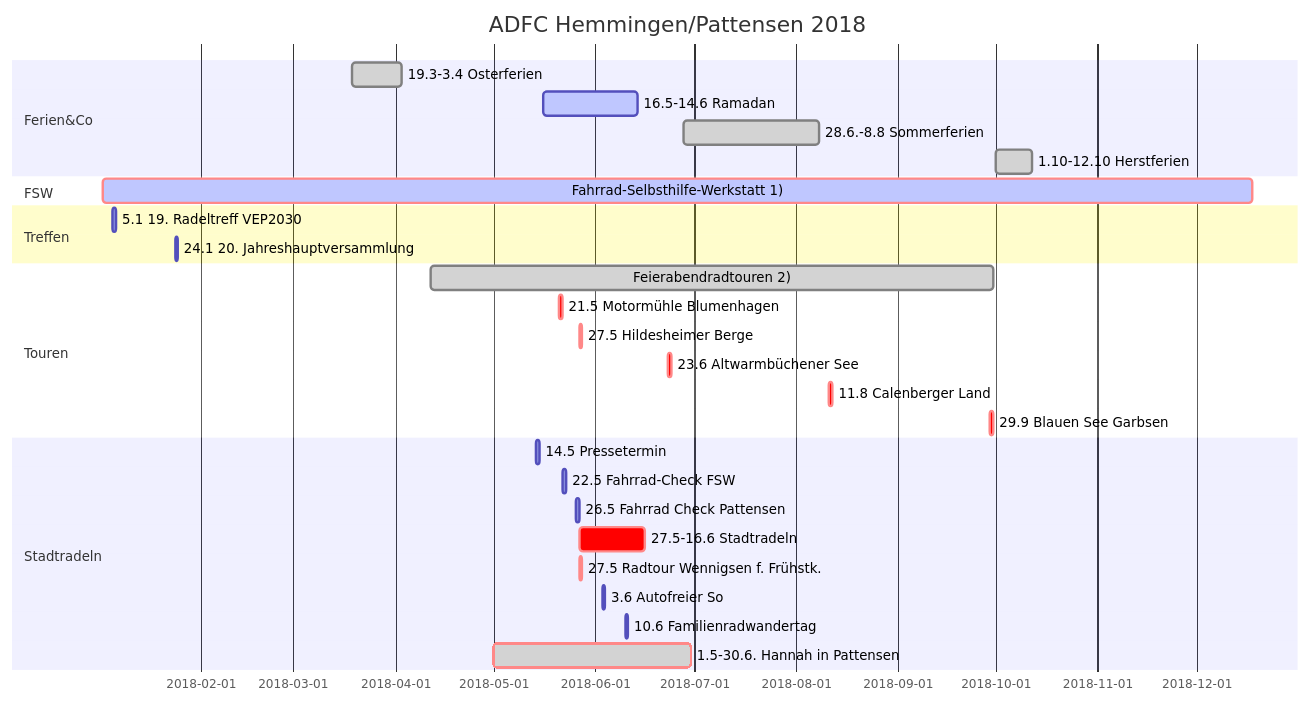
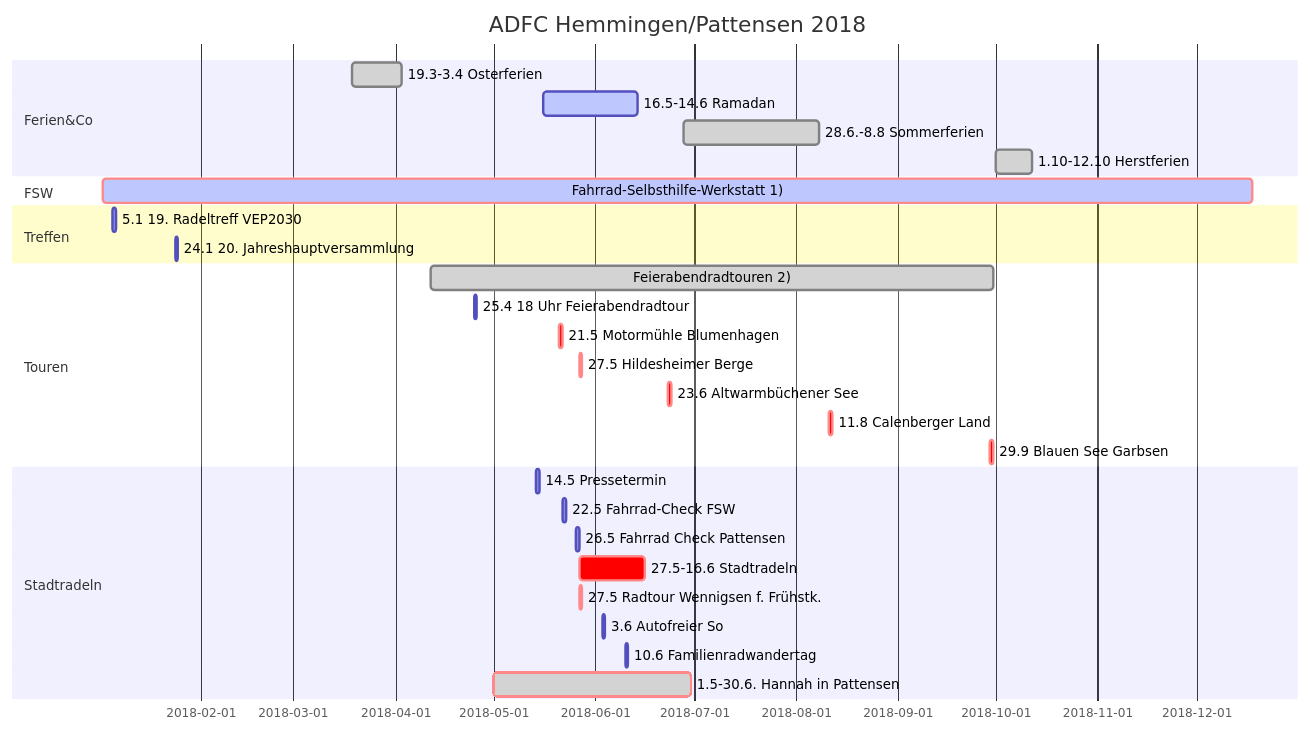
Before and after one commit to adfc-hemmingen-pattensen/adfc-hemmingen-pattensen.github.io: the diagram in index.md, drawn with Mermaid. The commit also changed other lines of this file and 1 other file, not shown here.

````diff
--- a/index.md
+++ b/index.md
@@ -48,37 +57,38 @@
 ```{.mermaid format=svg  theme=forest caption="ADFC Hemmingen/Pattensen"}
 gantt
   title ADFC Hemmingen/Pattensen 2018
   dateFormat  DD.MM.YY
 
 section Ferien&Co
   19.3-3.4 Osterferien                        :done,        19.03.18, 03.04.18
   16.5-14.6  Ramadan                          :active,done, 16.05.18, 14.06.18
   28.6.-8.8 Sommerferien                      :done,        28.06.18, 08.08.18
   1.10-12.10 Herstferien                      :done,        01.10.18, 12.10.18
 
 section FSW
   Fahrrad-Selbsthilfe-Werkstatt 1)            :crit,active, 02.01.18, 18.12.18
 
 section Treffen
   5.1 19. Radeltreff VEP2030                  :             05.01.18, 1d
   24.1 20. Jahreshauptversammlung             :             24.01.18, 1d
 
 section Touren
   Feierabendradtouren 2)                      :done,        12.04.18, 30.09.18
+  25.4 18 Uhr Feierabendradtour               :             25.04.18,1d
   21.5 Motormühle Blumenhagen                 :crit,        21.05.18,1d
   27.5 Hildesheimer Berge                     : crit,       27.05.18, 1d
   23.6 Altwarmbüchener See                    :crit,        23.06.18,1d
   11.8 Calenberger Land                       :crit,        11.08.18,1d
   29.9 Blauen See Garbsen                     :crit,        29.09.18,1d
 
 section Stadtradeln
   14.5 Pressetermin                           :             14.05.18, 1d
   22.5 Fahrrad-Check FSW                      :             22.05.18, 1d
   26.5 Fahrrad Check Pattensen                :             26.05.18, 1d
   27.5-16.6 Stadtradeln                       : crit,       27.05.18, 16.06.18
   27.5 Radtour Wennigsen f. Frühstk.          : crit,       27.05.18, 1d
   3.6 Autofreier So                           :             03.06.18, 1d
   10.6 Familienradwandertag                   :             10.06.18, 1d
   1.5-30.6.  Hannah in Pattensen              :crit, done,  01.05.18, 30.06.18
 
 ```
````
